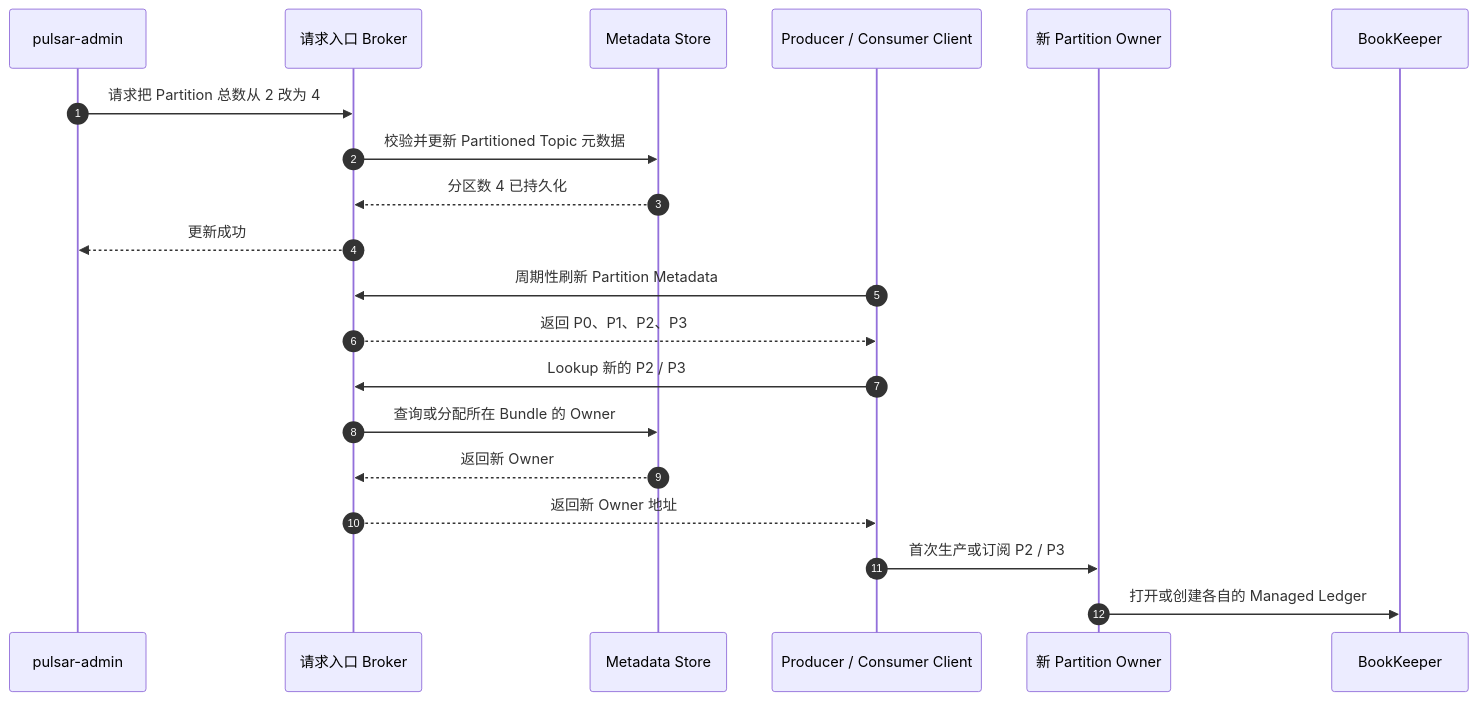
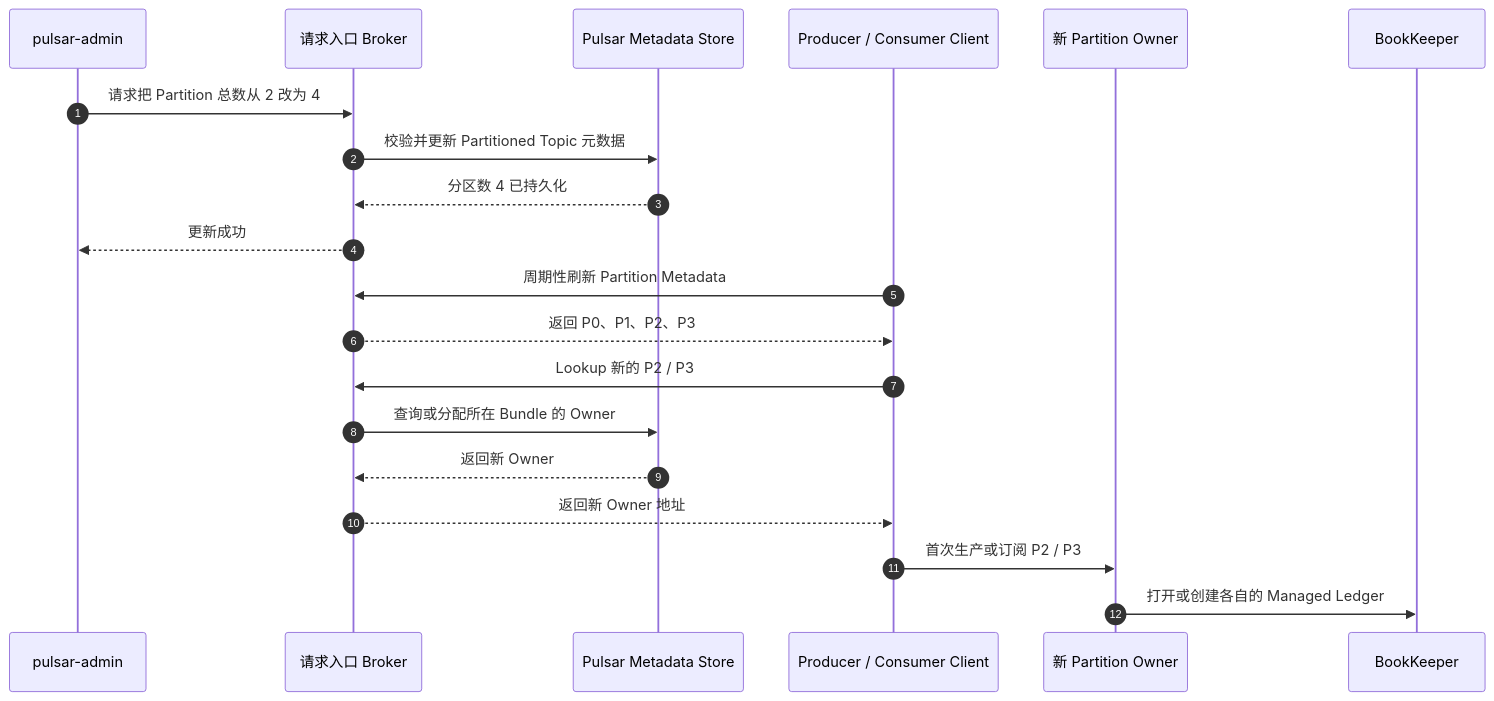
Before and after one commit to hotttao/backup: the tenth of 11 diagrams in posts/microservices/queue/032_pulsar_message_queue_implementation.md, drawn with Mermaid. The commit also changed other lines of this file and 1 other file, not shown here.

Commit message:
pulsar 第二篇

````diff
--- a/posts/microservices/queue/032_pulsar_message_queue_implementation.md
+++ b/posts/microservices/queue/032_pulsar_message_queue_implementation.md
@@ -609,23 +751,23 @@
 ```mermaid
 sequenceDiagram
     autonumber
     participant A as pulsar-admin
     participant B as 请求入口 Broker
-    participant M as Metadata Store
+    participant M as Pulsar Metadata Store
     participant C as Producer / Consumer Client
     participant O as 新 Partition Owner
     participant BK as BookKeeper
 
     A->>B: 请求把 Partition 总数从 2 改为 4
     B->>M: 校验并更新 Partitioned Topic 元数据
     M-->>B: 分区数 4 已持久化
     B-->>A: 更新成功
     C->>B: 周期性刷新 Partition Metadata
     B-->>C: 返回 P0、P1、P2、P3
     C->>B: Lookup 新的 P2 / P3
     B->>M: 查询或分配所在 Bundle 的 Owner
     M-->>B: 返回新 Owner
     B-->>C: 返回新 Owner 地址
     C->>O: 首次生产或订阅 P2 / P3
     O->>BK: 打开或创建各自的 Managed Ledger
 ```
````
